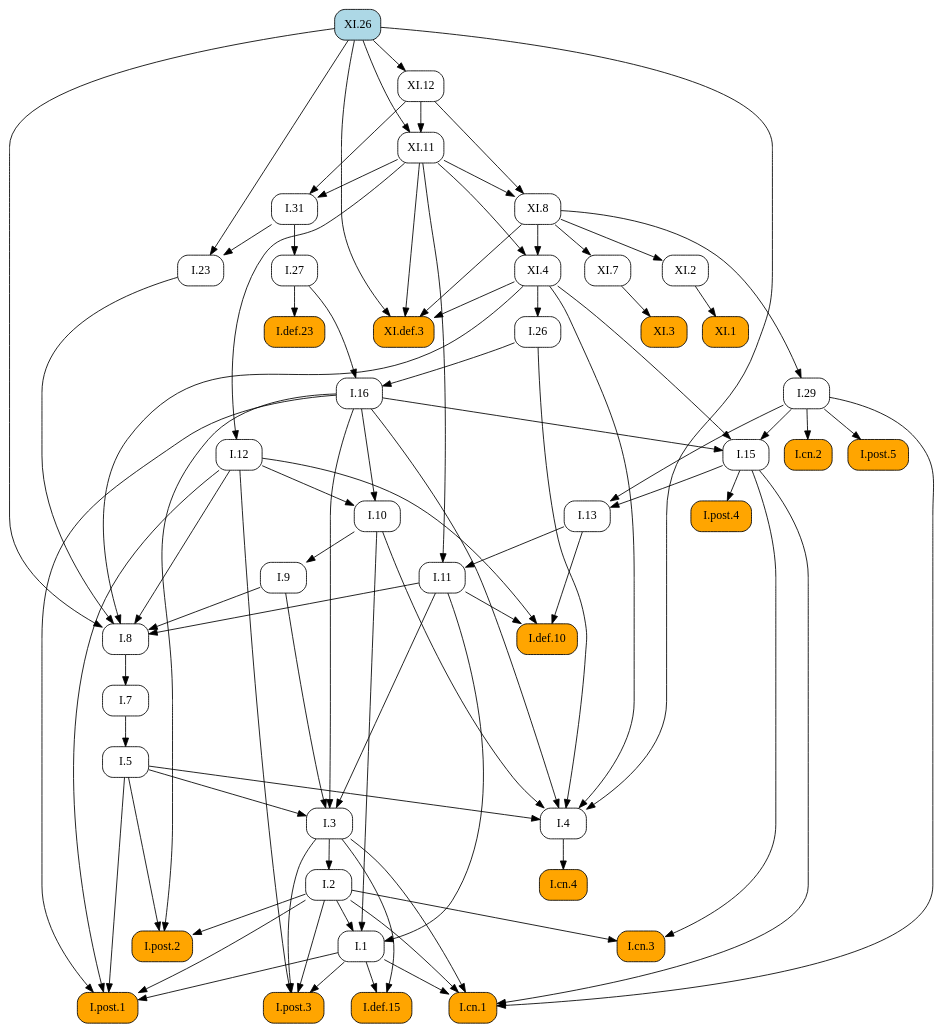
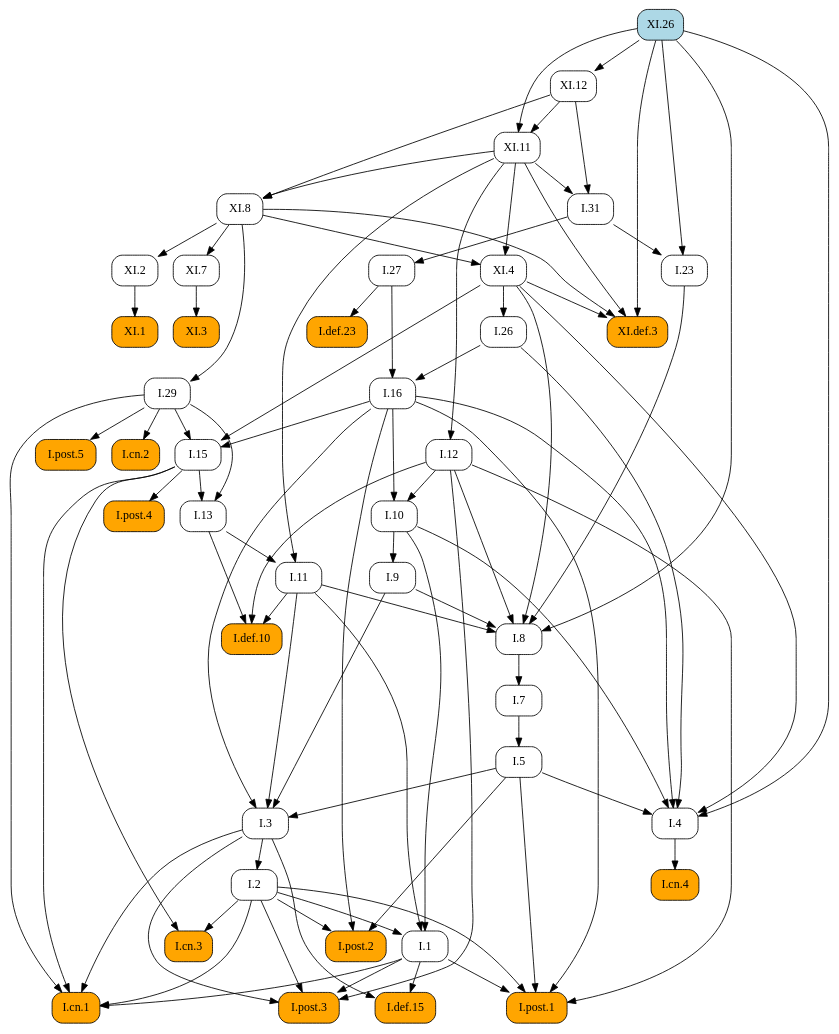
One commit to geometor/elements changed the diagram in docsrc/heath/XI/26/index.rst. Above: the diagram before and after it, drawn with Graphviz. The commit also changed other lines of this file and 484 other files, not shown here.

```diff
--- a/docsrc/heath/XI/26/index.rst
+++ b/docsrc/heath/XI/26/index.rst
@@ -52,131 +52,131 @@
    digraph {
      rankdir="TB";
      node [shape=box, style=rounded];
+     "I.23" [URL="/heath/I/23/", target="_top"];
+     "I.9" [URL="/heath/I/9/", target="_top"];
+     "XI.4" [URL="/heath/XI/4/", target="_top"];
+     "I.def.15" [style="rounded,filled", fillcolor=orange, URL="/heath/I/def.15/", target="_top"];
+     "XI.8" [URL="/heath/XI/8/", target="_top"];
+     "I.post.3" [style="rounded,filled", fillcolor=orange, URL="/heath/I/post.3/", target="_top"];
+     "I.post.1" [style="rounded,filled", fillcolor=orange, URL="/heath/I/post.1/", target="_top"];
+     "XI.3" [style="rounded,filled", fillcolor=orange, URL="/heath/XI/3/", target="_top"];
+     "I.31" [URL="/heath/I/31/", target="_top"];
      "I.def.10" [style="rounded,filled", fillcolor=orange, URL="/heath/I/def.10/", target="_top"];
+     "XI.12" [URL="/heath/XI/12/", target="_top"];
      "XI.def.3" [style="rounded,filled", fillcolor=orange, URL="/heath/XI/def.3/", target="_top"];
+     "I.27" [URL="/heath/I/27/", target="_top"];
+     "XI.2" [URL="/heath/XI/2/", target="_top"];
+     "XI.7" [URL="/heath/XI/7/", target="_top"];
+     "I.3" [URL="/heath/I/3/", target="_top"];
+     "I.cn.1" [style="rounded,filled", fillcolor=orange, URL="/heath/I/cn.1/", target="_top"];
+     "I.7" [URL="/heath/I/7/", target="_top"];
+     "I.2" [URL="/heath/I/2/", target="_top"];
+     "I.13" [URL="/heath/I/13/", target="_top"];
+     "I.post.4" [style="rounded,filled", fillcolor=orange, URL="/heath/I/post.4/", target="_top"];
+     "I.4" [URL="/heath/I/4/", target="_top"];
+     "XI.26" [style="rounded,filled", fillcolor=lightblue, URL="/heath/XI/26/", target="_top"];
+     "I.1" [URL="/heath/I/1/", target="_top"];
+     "I.5" [URL="/heath/I/5/", target="_top"];
+     "I.8" [URL="/heath/I/8/", target="_top"];
+     "I.29" [URL="/heath/I/29/", target="_top"];
+     "I.cn.3" [style="rounded,filled", fillcolor=orange, URL="/heath/I/cn.3/", target="_top"];
+     "I.16" [URL="/heath/I/16/", target="_top"];
+     "I.15" [URL="/heath/I/15/", target="_top"];
+     "I.10" [URL="/heath/I/10/", target="_top"];
      "I.11" [URL="/heath/I/11/", target="_top"];
-     "I.1" [URL="/heath/I/1/", target="_top"];
-     "I.post.4" [style="rounded,filled", fillcolor=orange, URL="/heath/I/post.4/", target="_top"];
-     "XI.12" [URL="/heath/XI/12/", target="_top"];
+     "I.def.23" [style="rounded,filled", fillcolor=orange, URL="/heath/I/def.23/", target="_top"];
+     "I.cn.2" [style="rounded,filled", fillcolor=orange, URL="/heath/I/cn.2/", target="_top"];
+     "I.post.5" [style="rounded,filled", fillcolor=orange, URL="/heath/I/post.5/", target="_top"];
+     "I.12" [URL="/heath/I/12/", target="_top"];
+     "I.cn.4" [style="rounded,filled", fillcolor=orange, URL="/heath/I/cn.4/", target="_top"];
+     "XI.1" [style="rounded,filled", fillcolor=orange, URL="/heath/XI/1/", target="_top"];
+     "I.post.2" [style="rounded,filled", fillcolor=orange, URL="/heath/I/post.2/", target="_top"];
+     "XI.11" [URL="/heath/XI/11/", target="_top"];
      "I.26" [URL="/heath/I/26/", target="_top"];
-     "XI.7" [URL="/heath/XI/7/", target="_top"];
-     "I.29" [URL="/heath/I/29/", target="_top"];
-     "I.cn.2" [style="rounded,filled", fillcolor=orange, URL="/heath/I/cn.2/", target="_top"];
-     "XI.8" [URL="/heath/XI/8/", target="_top"];
-     "I.def.15" [style="rounded,filled", fillcolor=orange, URL="/heath/I/def.15/", target="_top"];
-     "XI.11" [URL="/heath/XI/11/", target="_top"];
-     "I.post.3" [style="rounded,filled", fillcolor=orange, URL="/heath/I/post.3/", target="_top"];
-     "XI.1" [style="rounded,filled", fillcolor=orange, URL="/heath/XI/1/", target="_top"];
-     "I.cn.1" [style="rounded,filled", fillcolor=orange, URL="/heath/I/cn.1/", target="_top"];
-     "I.cn.3" [style="rounded,filled", fillcolor=orange, URL="/heath/I/cn.3/", target="_top"];
-     "XI.2" [URL="/heath/XI/2/", target="_top"];
-     "I.23" [URL="/heath/I/23/", target="_top"];
-     "I.post.1" [style="rounded,filled", fillcolor=orange, URL="/heath/I/post.1/", target="_top"];
-     "XI.26" [style="rounded,filled", fillcolor=lightblue, URL="/heath/XI/26/", target="_top"];
-     "I.27" [URL="/heath/I/27/", target="_top"];
-     "I.7" [URL="/heath/I/7/", target="_top"];
-     "I.3" [URL="/heath/I/3/", target="_top"];
-     "I.2" [URL="/heath/I/2/", target="_top"];
-     "I.4" [URL="/heath/I/4/", target="_top"];
-     "I.def.23" [style="rounded,filled", fillcolor=orange, URL="/heath/I/def.23/", target="_top"];
-     "I.13" [URL="/heath/I/13/", target="_top"];
-     "I.12" [URL="/heath/I/12/", target="_top"];
-     "I.31" [URL="/heath/I/31/", target="_top"];
-     "I.post.2" [style="rounded,filled", fillcolor=orange, URL="/heath/I/post.2/", target="_top"];
-     "I.16" [URL="/heath/I/16/", target="_top"];
-     "I.9" [URL="/heath/I/9/", target="_top"];
-     "I.8" [URL="/heath/I/8/", target="_top"];
-     "I.cn.4" [style="rounded,filled", fillcolor=orange, URL="/heath/I/cn.4/", target="_top"];
-     "I.15" [URL="/heath/I/15/", target="_top"];
-     "XI.4" [URL="/heath/XI/4/", target="_top"];
-     "I.post.5" [style="rounded,filled", fillcolor=orange, URL="/heath/I/post.5/", target="_top"];
-     "I.10" [URL="/heath/I/10/", target="_top"];
-     "I.5" [URL="/heath/I/5/", target="_top"];
-     "XI.3" [style="rounded,filled", fillcolor=orange, URL="/heath/XI/3/", target="_top"];
+     "I.31" -> "I.23";
+     "XI.26" -> "I.23";
+     "I.10" -> "I.9";
+     "XI.8" -> "XI.4";
+     "XI.11" -> "XI.4";
+     "I.1" -> "I.def.15";
+     "I.3" -> "I.def.15";
+     "XI.11" -> "XI.8";
+     "XI.12" -> "XI.8";
+     "I.1" -> "I.post.3";
+     "I.2" -> "I.post.3";
+     "I.3" -> "I.post.3";
+     "I.12" -> "I.post.3";
+     "I.1" -> "I.post.1";
+     "I.2" -> "I.post.1";
+     "I.5" -> "I.post.1";
+     "I.12" -> "I.post.1";
+     "I.16" -> "I.post.1";
+     "XI.7" -> "XI.3";
+     "XI.11" -> "I.31";
+     "XI.12" -> "I.31";
      "I.11" -> "I.def.10";
      "I.12" -> "I.def.10";
      "I.13" -> "I.def.10";
+     "XI.26" -> "XI.12";
      "XI.4" -> "XI.def.3";
      "XI.8" -> "XI.def.3";
      "XI.11" -> "XI.def.3";
      "XI.26" -> "XI.def.3";
-     "I.13" -> "I.11";
-     "XI.11" -> "I.11";
-     "I.2" -> "I.1";
-     "I.10" -> "I.1";
-     "I.11" -> "I.1";
-     "I.15" -> "I.post.4";
-     "XI.26" -> "XI.12";
-     "XI.4" -> "I.26";
+     "I.31" -> "I.27";
+     "XI.8" -> "XI.2";
      "XI.8" -> "XI.7";
-     "XI.8" -> "I.29";
-     "I.29" -> "I.cn.2";
-     "XI.11" -> "XI.8";
-     "XI.12" -> "XI.8";
-     "I.1" -> "I.def.15";
-     "I.3" -> "I.def.15";
-     "XI.12" -> "XI.11";
-     "XI.26" -> "XI.11";
-     "I.1" -> "I.post.3";
-     "I.2" -> "I.post.3";
-     "I.3" -> "I.post.3";
-     "I.12" -> "I.post.3";
-     "XI.2" -> "XI.1";
+     "I.5" -> "I.3";
+     "I.9" -> "I.3";
+     "I.11" -> "I.3";
+     "I.16" -> "I.3";
      "I.1" -> "I.cn.1";
      "I.2" -> "I.cn.1";
      "I.3" -> "I.cn.1";
      "I.15" -> "I.cn.1";
      "I.29" -> "I.cn.1";
-     "I.2" -> "I.cn.3";
-     "I.15" -> "I.cn.3";
-     "XI.8" -> "XI.2";
-     "I.31" -> "I.23";
-     "XI.26" -> "I.23";
-     "I.1" -> "I.post.1";
-     "I.2" -> "I.post.1";
-     "I.5" -> "I.post.1";
-     "I.12" -> "I.post.1";
-     "I.16" -> "I.post.1";
-     "I.31" -> "I.27";
      "I.8" -> "I.7";
-     "I.5" -> "I.3";
-     "I.9" -> "I.3";
-     "I.11" -> "I.3";
-     "I.16" -> "I.3";
      "I.3" -> "I.2";
+     "I.15" -> "I.13";
+     "I.29" -> "I.13";
+     "I.15" -> "I.post.4";
      "I.5" -> "I.4";
      "I.10" -> "I.4";
      "I.16" -> "I.4";
      "I.26" -> "I.4";
      "XI.4" -> "I.4";
      "XI.26" -> "I.4";
-     "I.27" -> "I.def.23";
-     "I.15" -> "I.13";
-     "I.29" -> "I.13";
-     "XI.11" -> "I.12";
-     "XI.11" -> "I.31";
-     "XI.12" -> "I.31";
-     "I.2" -> "I.post.2";
-     "I.5" -> "I.post.2";
-     "I.16" -> "I.post.2";
-     "I.26" -> "I.16";
-     "I.27" -> "I.16";
-     "I.10" -> "I.9";
+     "I.2" -> "I.1";
+     "I.10" -> "I.1";
+     "I.11" -> "I.1";
+     "I.7" -> "I.5";
      "I.9" -> "I.8";
      "I.11" -> "I.8";
      "I.12" -> "I.8";
      "I.23" -> "I.8";
      "XI.4" -> "I.8";
      "XI.26" -> "I.8";
-     "I.4" -> "I.cn.4";
+     "XI.8" -> "I.29";
+     "I.2" -> "I.cn.3";
+     "I.15" -> "I.cn.3";
+     "I.26" -> "I.16";
+     "I.27" -> "I.16";
      "I.16" -> "I.15";
      "I.29" -> "I.15";
      "XI.4" -> "I.15";
-     "XI.8" -> "XI.4";
-     "XI.11" -> "XI.4";
-     "I.29" -> "I.post.5";
      "I.12" -> "I.10";
      "I.16" -> "I.10";
-     "I.7" -> "I.5";
-     "XI.7" -> "XI.3";
+     "I.13" -> "I.11";
+     "XI.11" -> "I.11";
+     "I.27" -> "I.def.23";
+     "I.29" -> "I.cn.2";
+     "I.29" -> "I.post.5";
+     "XI.11" -> "I.12";
+     "I.4" -> "I.cn.4";
+     "XI.2" -> "XI.1";
+     "I.2" -> "I.post.2";
+     "I.5" -> "I.post.2";
+     "I.16" -> "I.post.2";
+     "XI.12" -> "XI.11";
+     "XI.26" -> "XI.11";
+     "XI.4" -> "I.26";
    }
```
